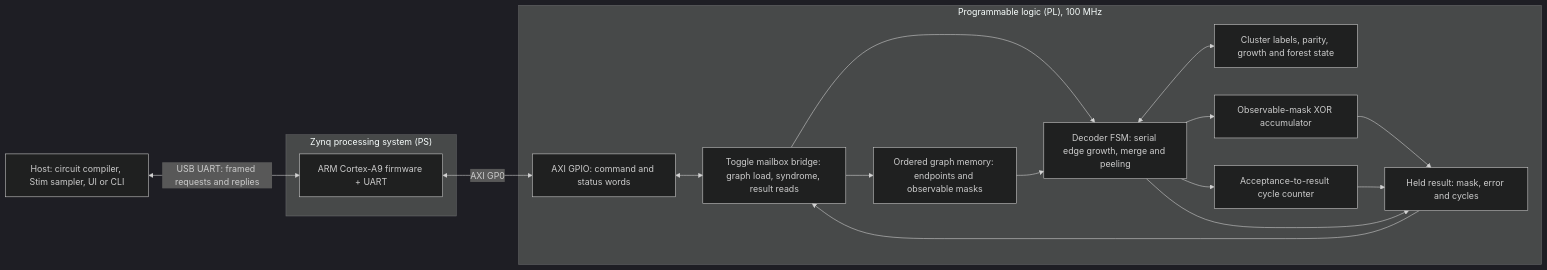
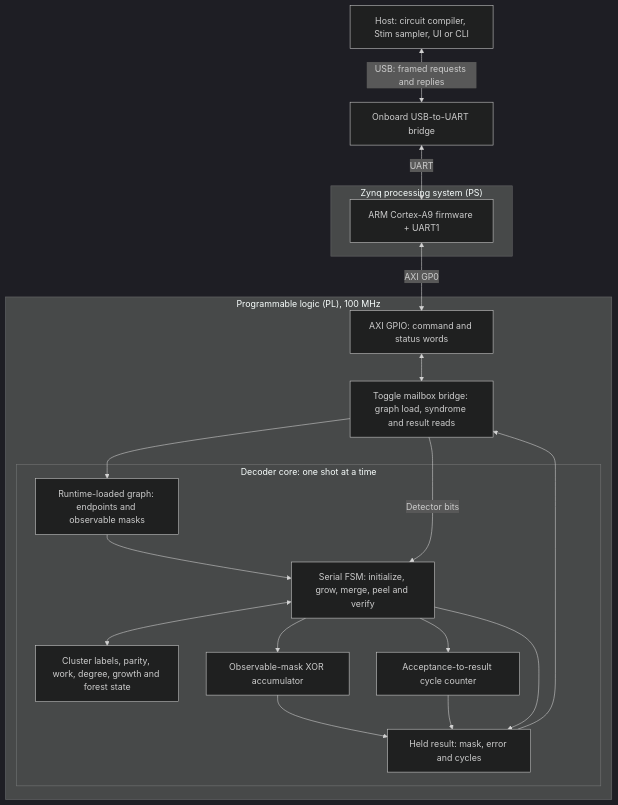
The diagram in README.md (ToastCheng/zybo-qec-decoder), drawn with Mermaid (dark theme) before and after one commit. The commit also changed other lines of this file, not shown here.

Commit message:
docs: polish README and refresh FPGA architecture

````diff
--- a/README.md
+++ b/README.md
@@ -47,30 +48,34 @@
 ```mermaid
-flowchart LR
+flowchart TB
     host["Host: circuit compiler, Stim sampler, UI or CLI"]
+    usb["Onboard USB-to-UART bridge"]
     subgraph ps ["Zynq processing system (PS)"]
-        arm["ARM Cortex-A9 firmware + UART"]
+        arm["ARM Cortex-A9 firmware + UART1"]
     end
     subgraph pl ["Programmable logic (PL), 100 MHz"]
         gpio["AXI GPIO: command and status words"]
-        bridge["Toggle mailbox bridge: graph load, syndrome, result reads"]
-        edges["Ordered graph memory: endpoints and observable masks"]
-        fsm["Decoder FSM: serial edge growth, merge and peeling"]
-        state["Cluster labels, parity, growth and forest state"]
-        mask["Observable-mask XOR accumulator"]
-        cycles["Acceptance-to-result cycle counter"]
-        result["Held result: mask, error and cycles"]
+        bridge["Toggle mailbox bridge: graph load, syndrome and result reads"]
+        subgraph core ["Decoder core: one shot at a time"]
+            edges["Runtime-loaded graph: endpoints and observable masks"]
+            fsm["Serial FSM: initialize, grow, merge, peel and verify"]
+            state["Cluster labels, parity, work, degree, growth and forest state"]
+            mask["Observable-mask XOR accumulator"]
+            cycles["Acceptance-to-result cycle counter"]
+            result["Held result: mask, error and cycles"]
+            edges --> fsm
+            fsm <--> state
+            fsm --> mask
+            fsm --> cycles
+            mask --> result
+            cycles --> result
+            fsm --> result
+        end
         gpio <--> bridge
         bridge --> edges
-        bridge --> fsm
-        edges --> fsm
-        fsm <--> state
-        fsm --> mask
-        fsm --> cycles
-        mask --> result
-        cycles --> result
-        fsm --> result
+        bridge -->|"Detector bits"| fsm
         result --> bridge
     end
-    host <-->|"USB UART: framed requests and replies"| arm
+    host <-->|"USB: framed requests and replies"| usb
+    usb <-->|"UART"| arm
     arm <-->|"AXI GP0"| gpio
 ```
````
